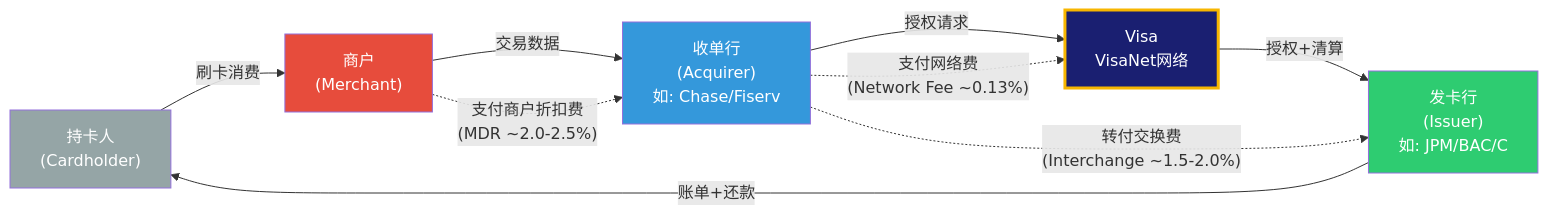
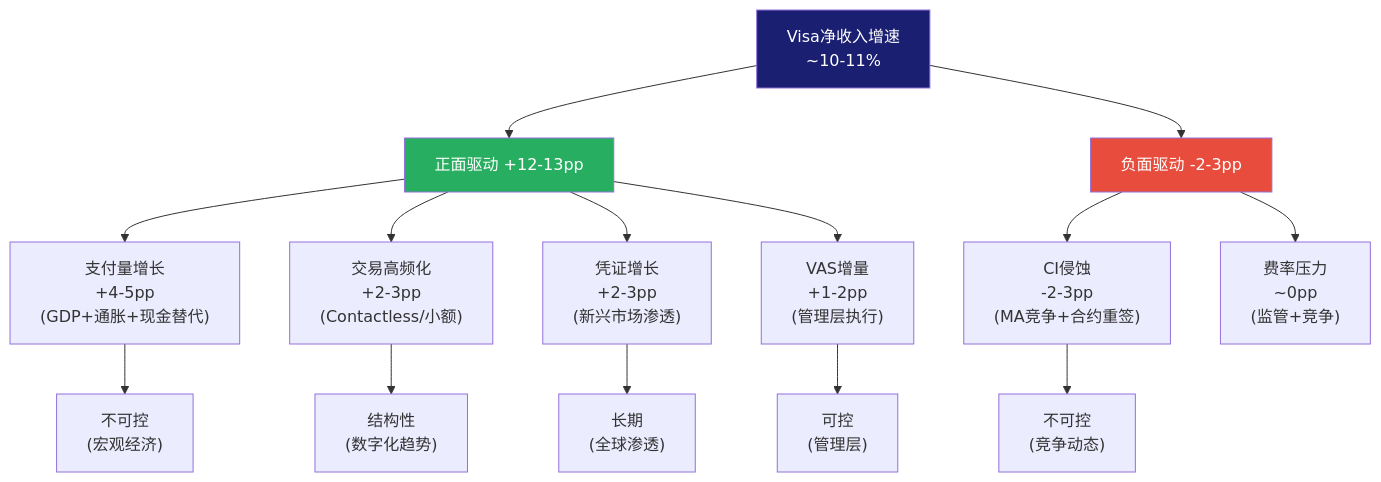
Before and after one commit to miltonnewyork25-afk/investment-master: the fourth of 7 diagrams in reports/V/V_Phase1.md, drawn with Mermaid. The commit also changed other lines of this file and 1 other file, not shown here.

````diff
--- a/reports/V/V_Phase1.md
+++ b/reports/V/V_Phase1.md
@@ -239,18 +444,23 @@
 ```mermaid
-graph LR
-    CH["持卡人<br/>(Cardholder)"] -->|"刷卡消费"| MER["商户<br/>(Merchant)"]
-    MER -->|"交易数据"| ACQ["收单行<br/>(Acquirer)<br/>如: Chase/Fiserv"]
-    ACQ -->|"授权请求"| VISA["Visa<br/>VisaNet网络"]
-    VISA -->|"授权+清算"| ISS["发卡行<br/>(Issuer)<br/>如: JPM/BAC/C"]
-    ISS -->|"账单+还款"| CH
+graph TD
+    A["Visa净收入增速<br/>~10-11%"] --> B["正面驱动 +12-13pp"]
+    A --> C["负面驱动 -2-3pp"]
 
-    MER -.->|"支付商户折扣费<br/>(MDR ~2.0-2.5%)"| ACQ
-    ACQ -.->|"转付交换费<br/>(Interchange ~1.5-2.0%)"| ISS
-    ACQ -.->|"支付网络费<br/>(Network Fee ~0.13%)"| VISA
+    B --> B1["支付量增长<br/>+4-5pp<br/>(GDP+通胀+现金替代)"]
+    B --> B2["交易高频化<br/>+2-3pp<br/>(Contactless/小额)"]
+    B --> B3["凭证增长<br/>+2-3pp<br/>(新兴市场渗透)"]
+    B --> B4["VAS增量<br/>+1-2pp<br/>(管理层执行)"]
 
-    style VISA fill:#1A1F71,color:#fff,stroke:#F7B600,stroke-width:3px
-    style ISS fill:#2ECC71,color:#fff
-    style ACQ fill:#3498DB,color:#fff
-    style CH fill:#95A5A6,color:#fff
-    style MER fill:#E74C3C,color:#fff
+    C --> C1["CI侵蚀<br/>-2-3pp<br/>(MA竞争+合约重签)"]
+    C --> C2["费率压力<br/>~0pp<br/>(监管+竞争)"]
+
+    B1 --> D["不可控<br/>(宏观经济)"]
+    B2 --> E["结构性<br/>(数字化趋势)"]
+    B3 --> F["长期<br/>(全球渗透)"]
+    B4 --> G["可控<br/>(管理层)"]
+    C1 --> H["不可控<br/>(竞争动态)"]
+
+    style A fill:#1A1F71,color:#fff
+    style C fill:#E74C3C,color:#fff
+    style B fill:#27AE60,color:#fff
 ```
````
